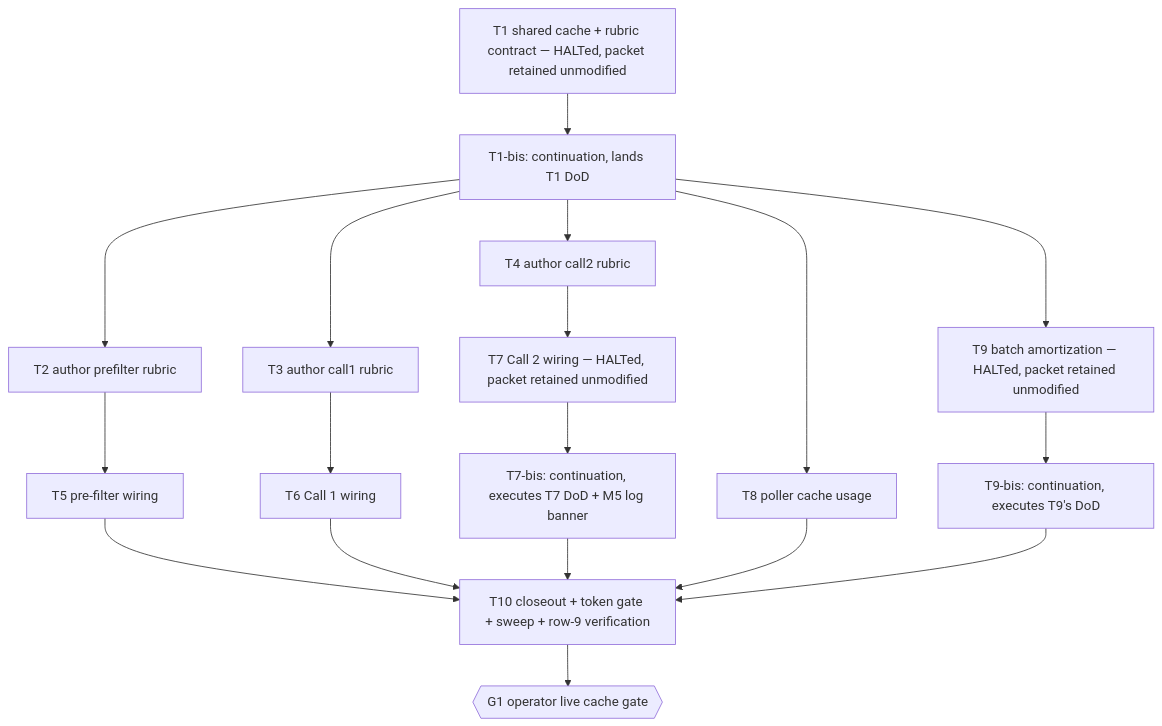
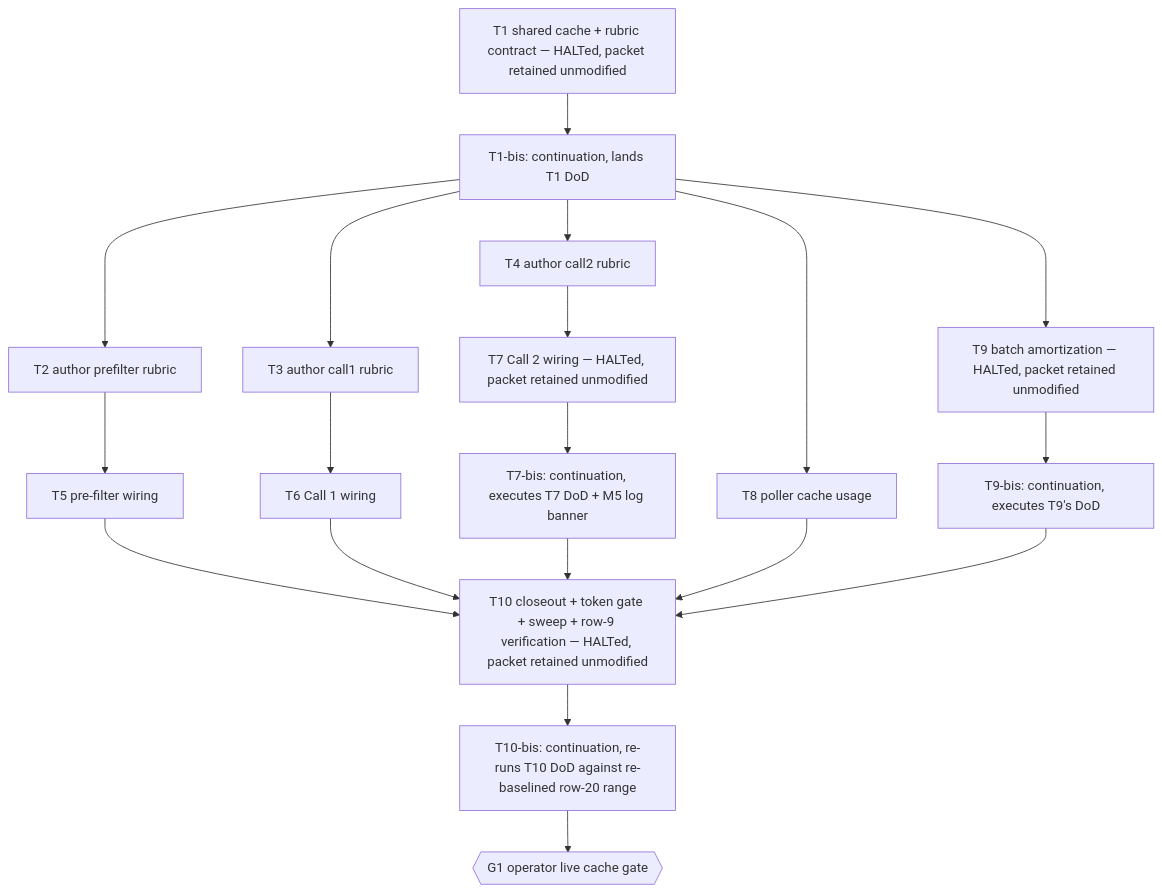
The diagram in .dev/plans/prompt-caching/plan.md (naaas94/BISHOP), drawn with Mermaid before and after one commit. The commit also changed other lines of this file and 2 other files, not shown here.

````diff
--- a/.dev/plans/prompt-caching/plan.md
+++ b/.dev/plans/prompt-caching/plan.md
@@ -201,20 +203,21 @@
 ```mermaid
 graph TD
     T1[T1 shared cache + rubric contract — HALTed, packet retained unmodified] --> T1bis[T1-bis: continuation, lands T1 DoD]
     T1bis --> T2[T2 author prefilter rubric]
     T1bis --> T3[T3 author call1 rubric]
     T1bis --> T4[T4 author call2 rubric]
     T1bis --> T8[T8 poller cache usage]
     T1bis --> T9[T9 batch amortization — HALTed, packet retained unmodified]
     T9 --> T9bis[T9-bis: continuation, executes T9's DoD]
     T2 --> T5[T5 pre-filter wiring]
     T3 --> T6[T6 Call 1 wiring]
     T4 --> T7[T7 Call 2 wiring — HALTed, packet retained unmodified]
     T7 --> T7bis[T7-bis: continuation, executes T7 DoD + M5 log banner]
-    T5 --> T10[T10 closeout + token gate + sweep + row-9 verification]
+    T5 --> T10[T10 closeout + token gate + sweep + row-9 verification — HALTed, packet retained unmodified]
     T6 --> T10
     T7bis --> T10
     T8 --> T10
     T9bis --> T10
-    T10 --> G1{{G1 operator live cache gate}}
+    T10 --> T10bis[T10-bis: continuation, re-runs T10 DoD against re-baselined row-20 range]
+    T10bis --> G1{{G1 operator live cache gate}}
 ```
````
